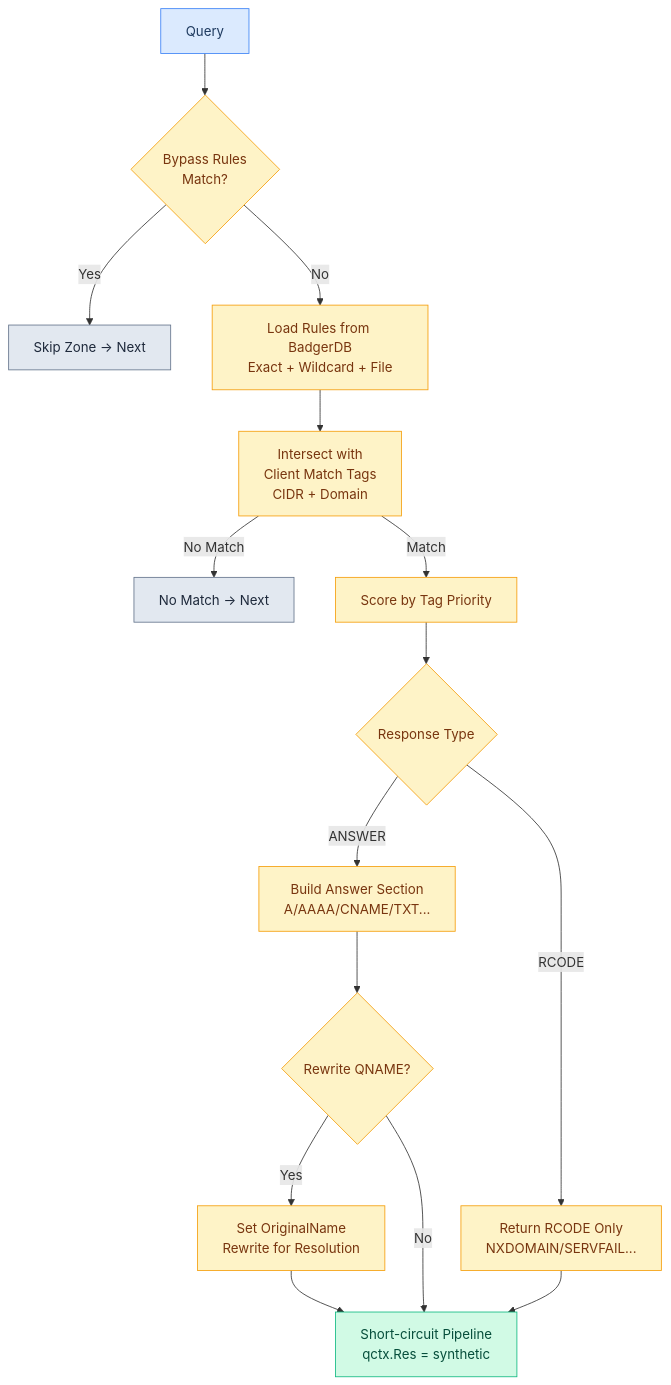
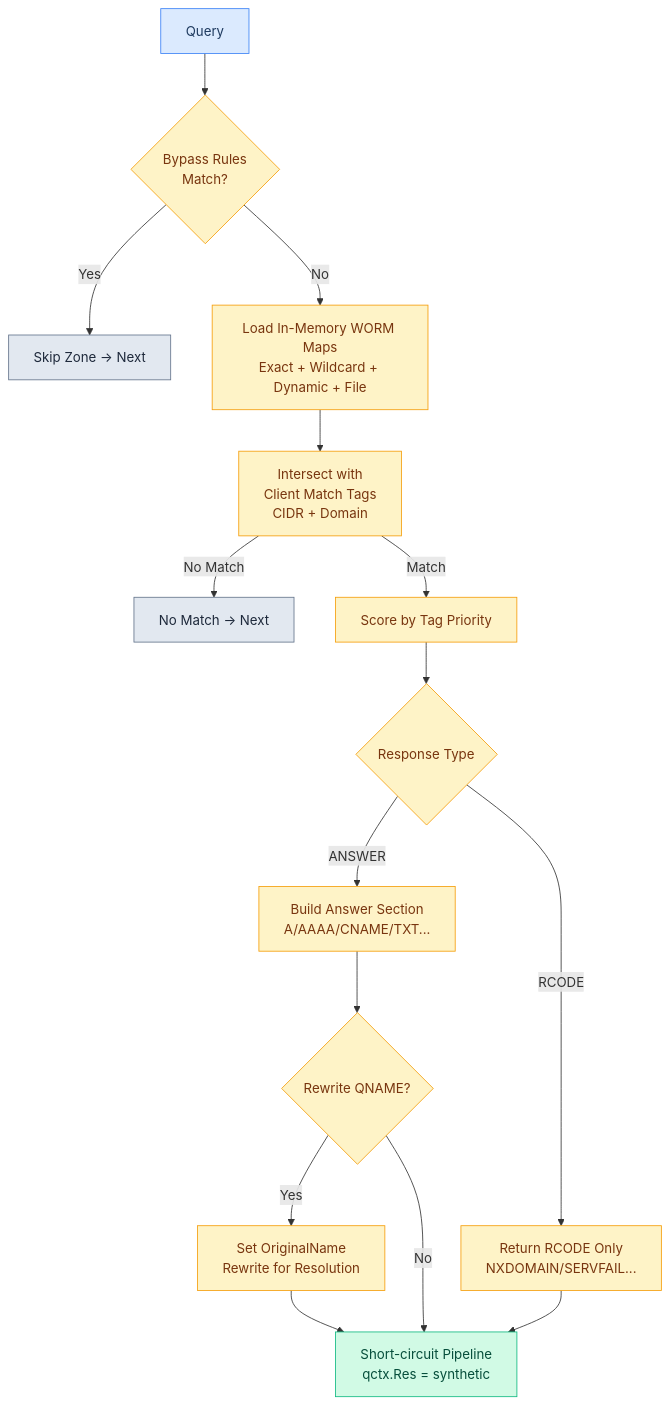
Before and after one commit to hezhijie0327/ZJDNS: diagram 15 of 26 in docs/FLOWCHARTS.md, drawn with Mermaid. The commit also changed other lines of this file and 183 other files, not shown here.

````diff
--- a/docs/FLOWCHARTS.md
+++ b/docs/FLOWCHARTS.md
@@ -386,25 +386,25 @@
 ```mermaid
 graph TD
     Q[Query] --> BYPASS{Bypass Rules<br/>Match?}
     BYPASS -->|Yes| NEXT[Skip Zone -> Next]
-    BYPASS -->|No| LOAD[Load Rules from BadgerDB<br/>Exact + Wildcard + File]
+    BYPASS -->|No| LOAD[Load In-Memory WORM Maps<br/>Exact + Wildcard + Dynamic + File]
     LOAD --> MATCH[Intersect with<br/>Client Match Tags<br/>CIDR + Domain]
     MATCH -->|No Match| NOMATCH[No Match -> Next]
     MATCH -->|Match| SCORE[Score by Tag Priority]
     SCORE --> TYPE{Response Type}
     TYPE -->|ANSWER| BUILDANS[Build Answer Section<br/>A/AAAA/CNAME/TXT...]
     TYPE -->|RCODE| BUILDRC[Return RCODE Only<br/>NXDOMAIN/SERVFAIL...]
     BUILDANS --> REWRITE{Rewrite QNAME?}
     REWRITE -->|Yes| SETNAME[Set OriginalName<br/>Rewrite for Resolution]
     REWRITE -->|No| SHORTCUT[Short-circuit Pipeline<br/>qctx.Res = synthetic]
     BUILDRC --> SHORTCUT
     SETNAME --> SHORTCUT
     classDef start fill:#dbeafe,stroke:#3b82f6,color:#1e3a5f
     classDef proc fill:#fef3c7,stroke:#f59e0b,color:#78350f
     classDef match fill:#d1fae5,stroke:#10b981,color:#064e3b
     classDef nomatch fill:#e2e8f0,stroke:#64748b,color:#1e293b
     class Q start
     class BYPASS,LOAD,MATCH,SCORE,TYPE,BUILDANS,BUILDRC,REWRITE,SETNAME proc
     class SHORTCUT match
     class NOMATCH,NEXT nomatch
 ```
````
